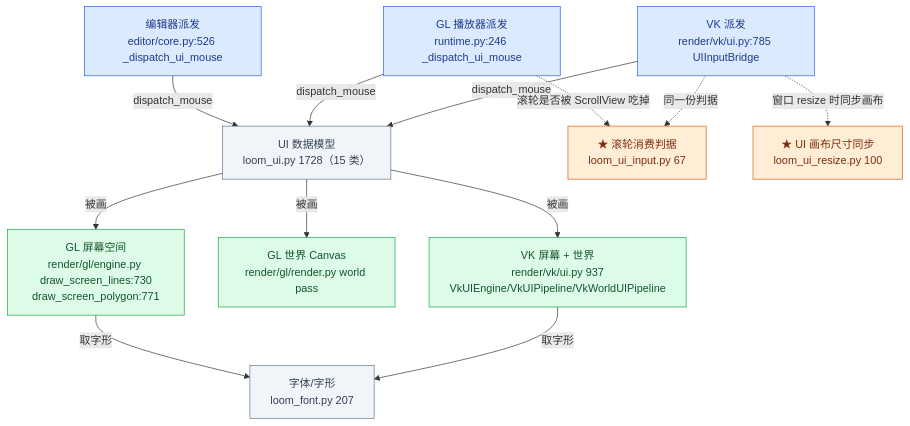
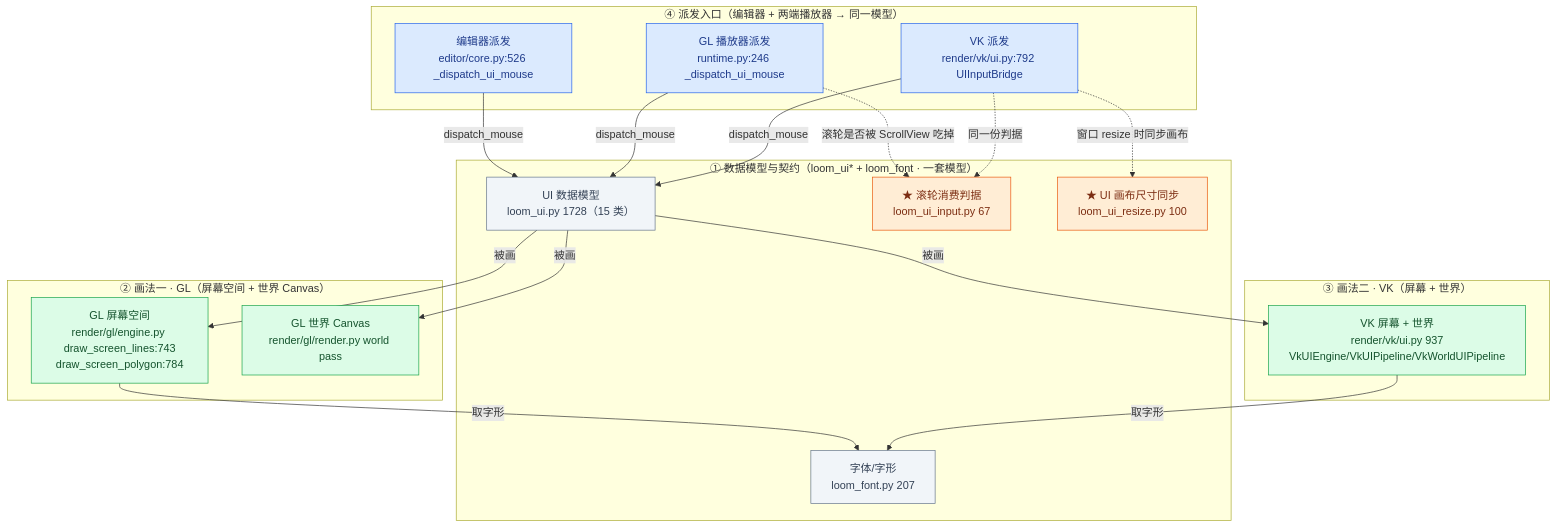
The ninth of 23 diagrams in ARCHITECTURE.md (lhy302/WeaveEngine), drawn with Mermaid before and after one commit. The commit also changed other lines of this file, not shown here.

Commit message:
docs: 图 2~7 全部改为功能模块分框结构（图 1 样板推广：subgraph=归属目录+职责，框内=真实文件，跨框连线=模块关系）

````diff
--- a/ARCHITECTURE.md
+++ b/ARCHITECTURE.md
@@ -499,28 +557,36 @@
 ```mermaid
 flowchart TB
-  D["UI 数据模型<br/>loom_ui.py 1728（15 类）"]:::file
-  S1["★ 滚轮消费判据<br/>loom_ui_input.py 67"]:::contract
-  S2["★ UI 画布尺寸同步<br/>loom_ui_resize.py 100"]:::contract
-  P1["GL 屏幕空间<br/>render/gl/engine.py draw_screen_lines:730<br/>draw_screen_polygon:771"]:::impl
-  P2["GL 世界 Canvas<br/>render/gl/render.py world pass"]:::impl
-  P3["VK 屏幕 + 世界<br/>render/vk/ui.py 937<br/>VkUIEngine/VkUIPipeline/VkWorldUIPipeline"]:::impl
-  E1["编辑器派发<br/>editor/core.py:526 _dispatch_ui_mouse"]:::entry
-  E2["GL 播放器派发<br/>runtime.py:246 _dispatch_ui_mouse"]:::entry
-  E3["VK 派发<br/>render/vk/ui.py:785 UIInputBridge"]:::entry
-  F["字体/字形<br/>loom_font.py 207"]:::file
+  subgraph MODEL["① 数据模型与契约（loom_ui* + loom_font · 一套模型）"]
+    D["UI 数据模型<br/>loom_ui.py 1728（15 类）"]:::file
+    S1["★ 滚轮消费判据<br/>loom_ui_input.py 67"]:::contract
+    S2["★ UI 画布尺寸同步<br/>loom_ui_resize.py 100"]:::contract
+    F["字体/字形<br/>loom_font.py 207"]:::file
+  end
+  subgraph GLPAINT["② 画法一 · GL（屏幕空间 + 世界 Canvas）"]
+    P1["GL 屏幕空间<br/>render/gl/engine.py draw_screen_lines:743<br/>draw_screen_polygon:784"]:::impl
+    P2["GL 世界 Canvas<br/>render/gl/render.py world pass"]:::impl
+  end
+  subgraph VKPAINT["③ 画法二 · VK（屏幕 + 世界）"]
+    P3["VK 屏幕 + 世界<br/>render/vk/ui.py 937<br/>VkUIEngine/VkUIPipeline/VkWorldUIPipeline"]:::impl
+  end
+  subgraph DISPATCH["④ 派发入口（编辑器 + 两端播放器 → 同一模型）"]
+    E1["编辑器派发<br/>editor/core.py:526 _dispatch_ui_mouse"]:::entry
+    E2["GL 播放器派发<br/>runtime.py:246 _dispatch_ui_mouse"]:::entry
+    E3["VK 派发<br/>render/vk/ui.py:792 UIInputBridge"]:::entry
+  end
   D -->|被画| P1
   D -->|被画| P2
   D -->|被画| P3
   P1 -->|取字形| F
   P3 -->|取字形| F
   E1 -->|dispatch_mouse| D
   E2 -->|dispatch_mouse| D
   E3 -->|dispatch_mouse| D
   E2 -.->|滚轮是否被 ScrollView 吃掉| S1
   E3 -.->|同一份判据| S1
   E3 -.->|窗口 resize 时同步画布| S2
   classDef entry fill:#dbeafe,stroke:#2563eb,color:#1e3a8a
   classDef impl fill:#dcfce7,stroke:#16a34a,color:#14532d
   classDef contract fill:#ffedd5,stroke:#ea580c,color:#7c2d12
   classDef file fill:#f1f5f9,stroke:#64748b,color:#334155
 ```
````
